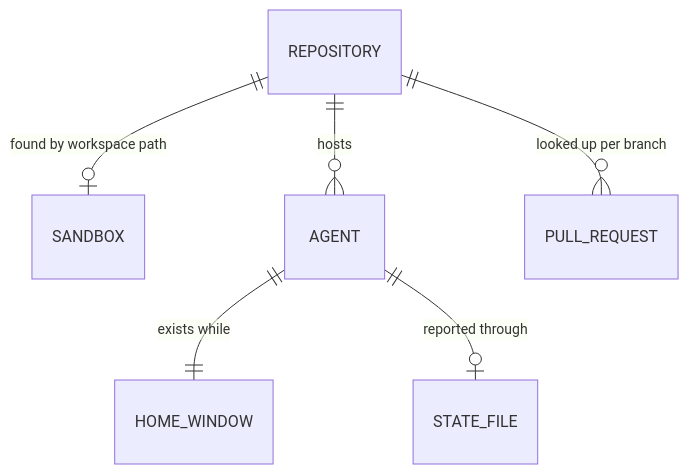
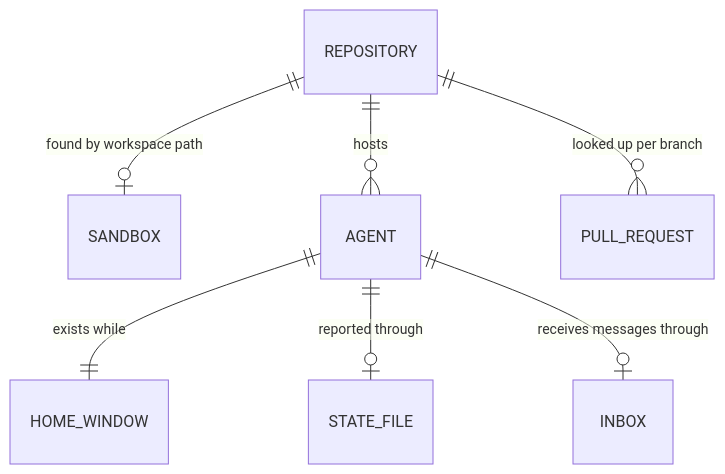
Before and after one commit to rkrysinski/hq: the fourth of 4 diagrams in docs/design/hq.md, drawn with Mermaid. The commit also changed other lines of this file and 3 other files, not shown here.

````diff
--- a/docs/design/hq.md
+++ b/docs/design/hq.md
@@ -264,8 +268,9 @@
 ```mermaid
 erDiagram
     REPOSITORY ||--o| SANDBOX : "found by workspace path"
     REPOSITORY ||--o{ AGENT : hosts
     AGENT ||--|| HOME_WINDOW : "exists while"
     AGENT ||--o| STATE_FILE : "reported through"
+    AGENT ||--o| INBOX : "receives messages through"
     REPOSITORY ||--o{ PULL_REQUEST : "looked up per branch"
 ```
````
